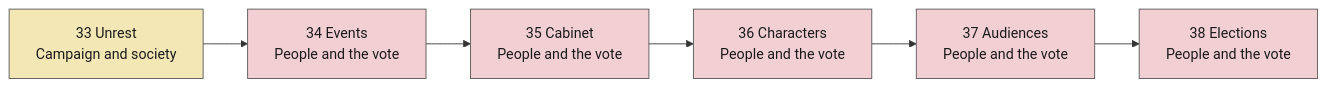
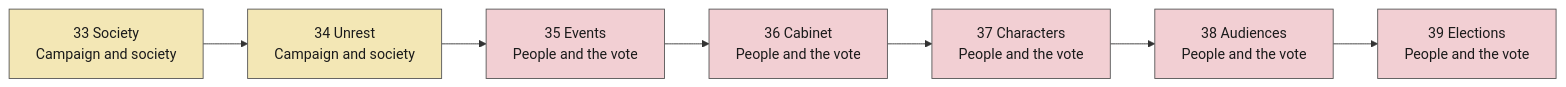
The fifth of 5 diagrams in docs/tick-order.md (powerbassist/World-simulator), drawn with Mermaid before and after one commit. The commit also changed other lines of this file and 20 other files, not shown here.

````diff
--- a/docs/tick-order.md
+++ b/docs/tick-order.md
@@ -105,16 +105,17 @@
 ```mermaid
 flowchart LR
-  s33["33 Unrest<br/>Campaign and society"]:::g4
-  s34["34 Events<br/>People and the vote"]:::g5
-  s35["35 Cabinet<br/>People and the vote"]:::g5
-  s36["36 Characters<br/>People and the vote"]:::g5
-  s37["37 Audiences<br/>People and the vote"]:::g5
-  s38["38 Elections<br/>People and the vote"]:::g5
-  s33 --> s34 --> s35 --> s36 --> s37 --> s38
+  s33["33 Society<br/>Campaign and society"]:::g4
+  s34["34 Unrest<br/>Campaign and society"]:::g4
+  s35["35 Events<br/>People and the vote"]:::g5
+  s36["36 Cabinet<br/>People and the vote"]:::g5
+  s37["37 Characters<br/>People and the vote"]:::g5
+  s38["38 Audiences<br/>People and the vote"]:::g5
+  s39["39 Elections<br/>People and the vote"]:::g5
+  s33 --> s34 --> s35 --> s36 --> s37 --> s38 --> s39
   classDef g0 fill:#cfe3f7,stroke:#555,color:#1a1a1a
   classDef g1 fill:#f6dcc2,stroke:#555,color:#1a1a1a
   classDef g2 fill:#dccff0,stroke:#555,color:#1a1a1a
   classDef g3 fill:#cdebd3,stroke:#555,color:#1a1a1a
   classDef g4 fill:#f3e7b5,stroke:#555,color:#1a1a1a
   classDef g5 fill:#f2cfd3,stroke:#555,color:#1a1a1a
 ```
````
